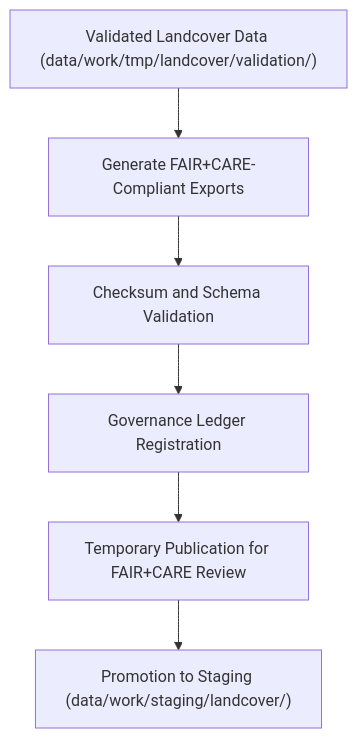
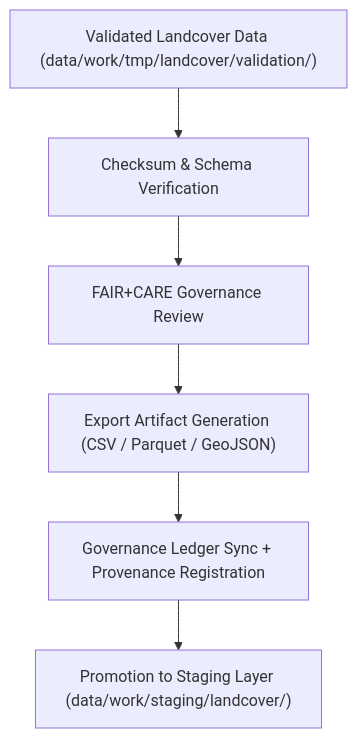
The diagram in data/work/tmp/landcover/exports/README.md (bartytime4life/Kansas-Frontier-Matrix), drawn with Mermaid before and after one commit. The commit also changed other lines of this file, not shown here.

````diff
--- a/data/work/tmp/landcover/exports/README.md
+++ b/data/work/tmp/landcover/exports/README.md
@@ -67,8 +64,8 @@
 ```mermaid
 flowchart TD
-    A["Validated Landcover Data (data/work/tmp/landcover/validation/)"] --> B["Generate FAIR+CARE-Compliant Exports"]
-    B --> C["Checksum and Schema Validation"]
-    C --> D["Governance Ledger Registration"]
-    D --> E["Temporary Publication for FAIR+CARE Review"]
-    E --> F["Promotion to Staging (data/work/staging/landcover/)"]
+    A["Validated Landcover Data (data/work/tmp/landcover/validation/)"] --> B["Checksum & Schema Verification"]
+    B --> C["FAIR+CARE Governance Review"]
+    C --> D["Export Artifact Generation (CSV / Parquet / GeoJSON)"]
+    D --> E["Governance Ledger Sync + Provenance Registration"]
+    E --> F["Promotion to Staging Layer (data/work/staging/landcover/)"]
 ```
````
